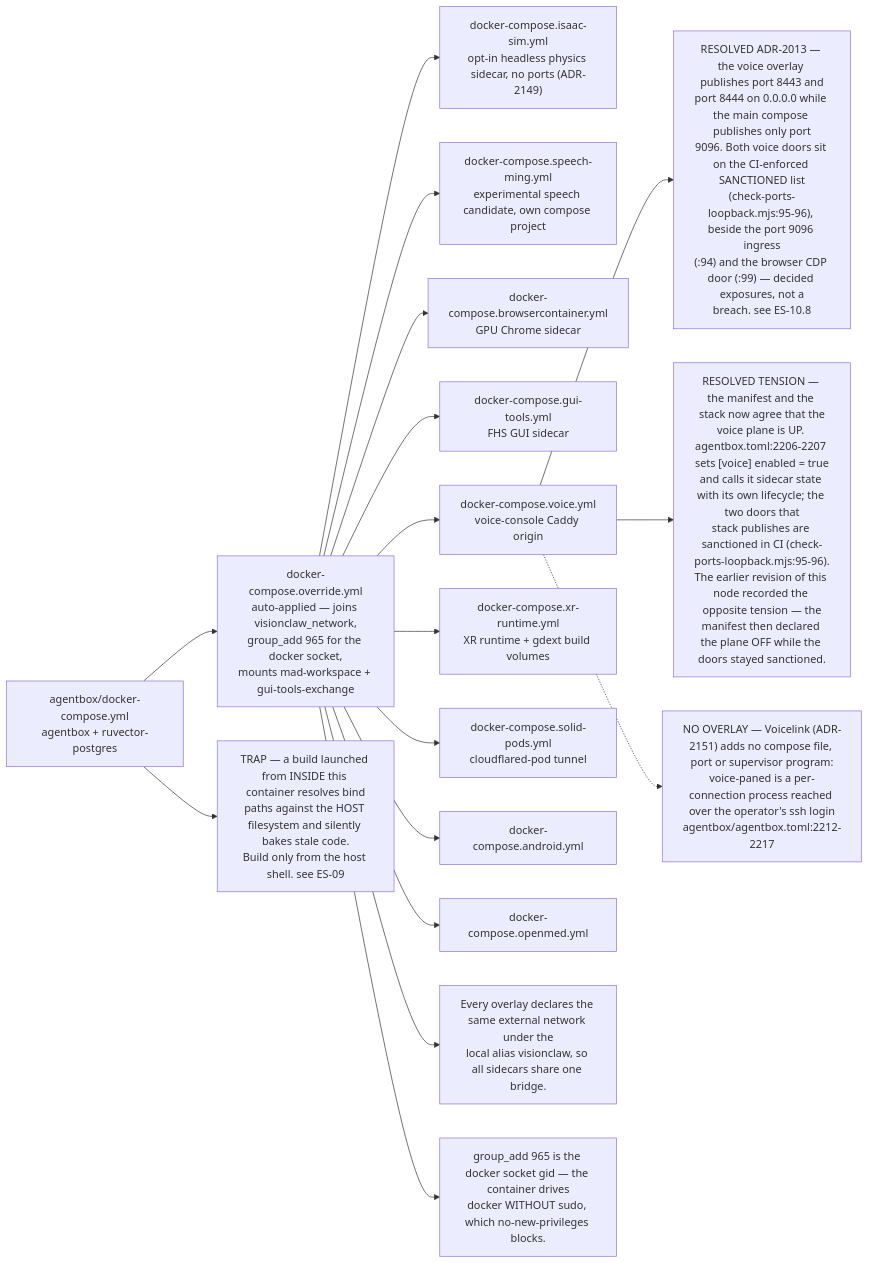
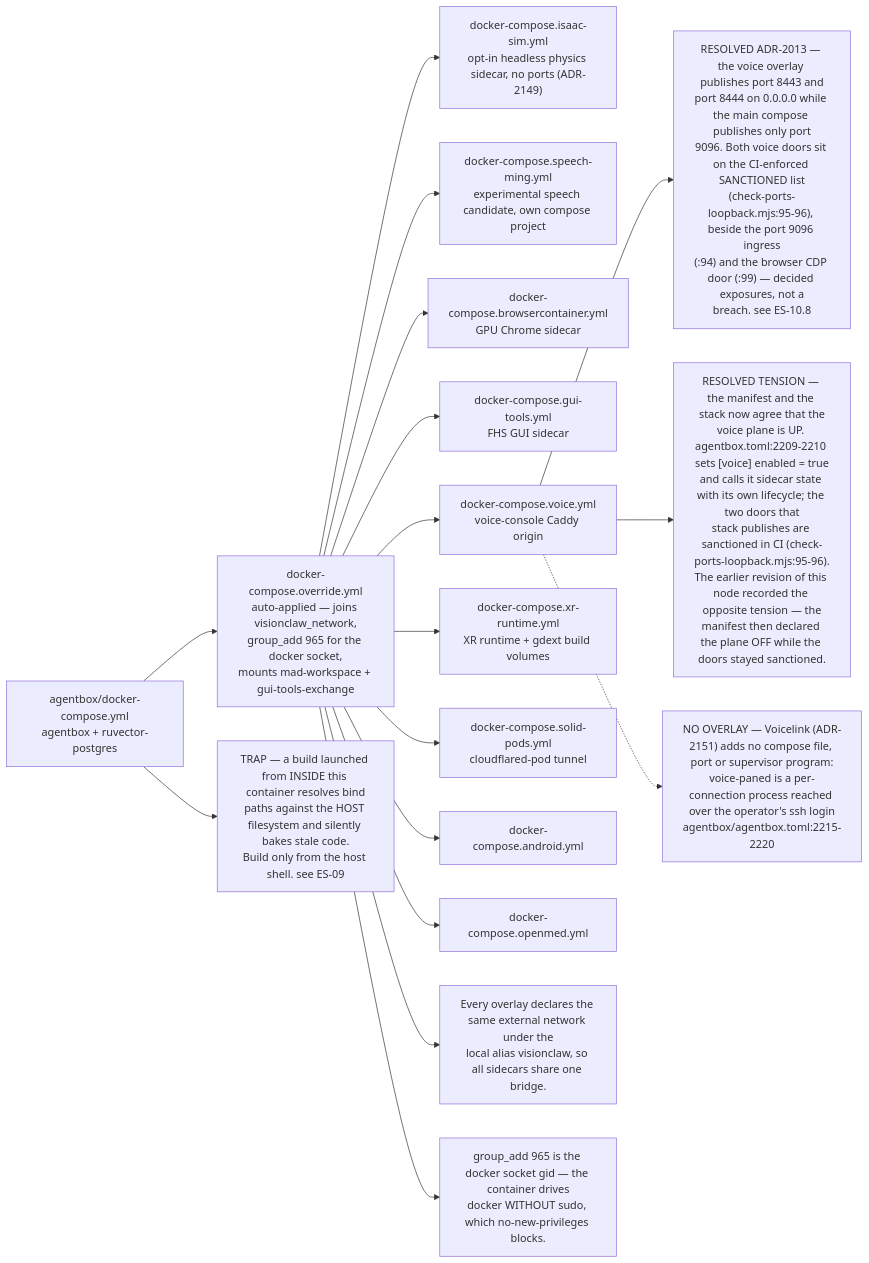
Before and after one commit to DreamLab-AI/VisionFlow: the fifth of 8 diagrams in docs/diagrams/estate/01-estate-topology.md, drawn with Mermaid. The commit also changed other lines of this file and 142 other files, not shown here.

First line of the commit message:
docs(diagrams): one System One route; re-verify 140 topics at today's heads

````diff
--- a/docs/diagrams/estate/01-estate-topology.md
+++ b/docs/diagrams/estate/01-estate-topology.md
@@ -222,40 +224,40 @@
 ```mermaid
 flowchart LR
     BASE["agentbox/docker-compose.yml<br/>agentbox + ruvector-postgres"]
     OV["docker-compose.override.yml<br/>auto-applied — joins visionclaw_network,<br/>group_add 965 for the docker socket,<br/>mounts mad-workspace + gui-tools-exchange"]
     ISF["docker-compose.isaac-sim.yml<br/>opt-in headless physics sidecar, no ports (ADR-2149)"]
     SMF["docker-compose.speech-ming.yml<br/>experimental speech candidate, own compose project"]
     BCF["docker-compose.browsercontainer.yml<br/>GPU Chrome sidecar"]
     GTF["docker-compose.gui-tools.yml<br/>FHS GUI sidecar"]
     VF["docker-compose.voice.yml<br/>voice-console Caddy origin"]
     XF["docker-compose.xr-runtime.yml<br/>XR runtime + gdext build volumes"]
     SPF["docker-compose.solid-pods.yml<br/>cloudflared-pod tunnel"]
     ANF["docker-compose.android.yml"]
     OMF["docker-compose.openmed.yml"]
 
     BASE --> OV
     OV --> BCF
     OV --> GTF
     OV --> VF
     OV --> XF
     OV --> SPF
     OV --> ANF
     OV --> OMF
     OV --> ISF
     OV --> SMF
 
     N1["Every overlay declares the same external network under the<br/>local alias visionclaw, so all sidecars share one bridge."]
     N2["group_add 965 is the docker socket gid — the container drives<br/>docker WITHOUT sudo, which no-new-privileges blocks."]
     D1["RESOLVED ADR-2013 — the voice overlay publishes port 8443 and<br/>port 8444 on 0.0.0.0 while the main compose publishes only port<br/>9096. Both voice doors sit on the CI-enforced SANCTIONED list<br/>(check-ports-loopback.mjs:95-96), beside the port 9096 ingress<br/>(:94) and the browser CDP door (:99) — decided exposures, not a<br/>breach. see ES-10.8"]
-    D3["RESOLVED TENSION — the manifest and the stack now agree that the<br/>voice plane is UP. agentbox.toml:2206-2207 sets [voice] enabled = true<br/>and calls it sidecar state with its own lifecycle; the two doors that<br/>stack publishes are sanctioned in CI (check-ports-loopback.mjs:95-96).<br/>The earlier revision of this node recorded the opposite tension — the<br/>manifest then declared the plane OFF while the doors stayed sanctioned."]
+    D3["RESOLVED TENSION — the manifest and the stack now agree that the<br/>voice plane is UP. agentbox.toml:2209-2210 sets [voice] enabled = true<br/>and calls it sidecar state with its own lifecycle; the two doors that<br/>stack publishes are sanctioned in CI (check-ports-loopback.mjs:95-96).<br/>The earlier revision of this node recorded the opposite tension — the<br/>manifest then declared the plane OFF while the doors stayed sanctioned."]
     D2["TRAP — a build launched from INSIDE this container resolves bind<br/>paths against the HOST filesystem and silently bakes stale code.<br/>Build only from the host shell. see ES-09"]
 
-    VL["NO OVERLAY — Voicelink (ADR-2151) adds no compose file, port or supervisor program:<br/>voice-paned is a per-connection process reached over the operator's ssh login<br/>agentbox/agentbox.toml:2212-2217"]
+    VL["NO OVERLAY — Voicelink (ADR-2151) adds no compose file, port or supervisor program:<br/>voice-paned is a per-connection process reached over the operator's ssh login<br/>agentbox/agentbox.toml:2215-2220"]
 
     OV --> N1
     OV --> N2
     VF --> D1
     VF --> D3
     BASE --> D2
     VF -.-> VL
 ```
````
